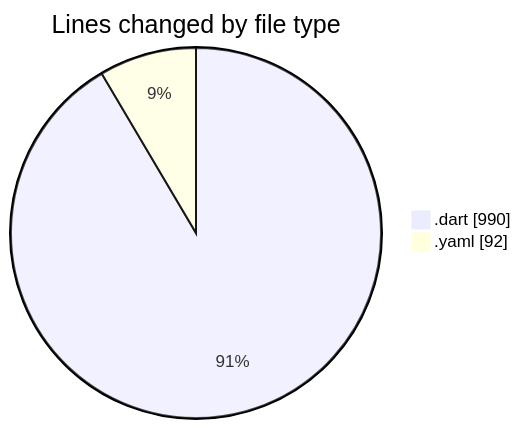
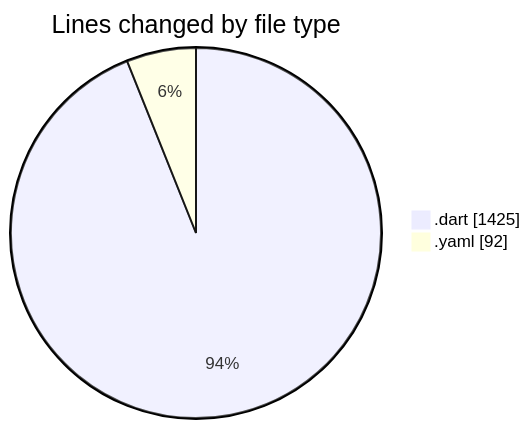
The first of 2 diagrams in 2025-03-27/wordle/README.md (donsfak/code-tracking), drawn with Mermaid before and after one commit. The commit also changed other lines of this file and 1 other file, not shown here.

````diff
--- a/2025-03-27/wordle/README.md
+++ b/2025-03-27/wordle/README.md
@@ -28,6 +28,6 @@
 ```mermaid
 pie showData
 title Lines changed by file type
-".dart" : 990
+".dart" : 1425
 ".yaml" : 92
 ```
````
